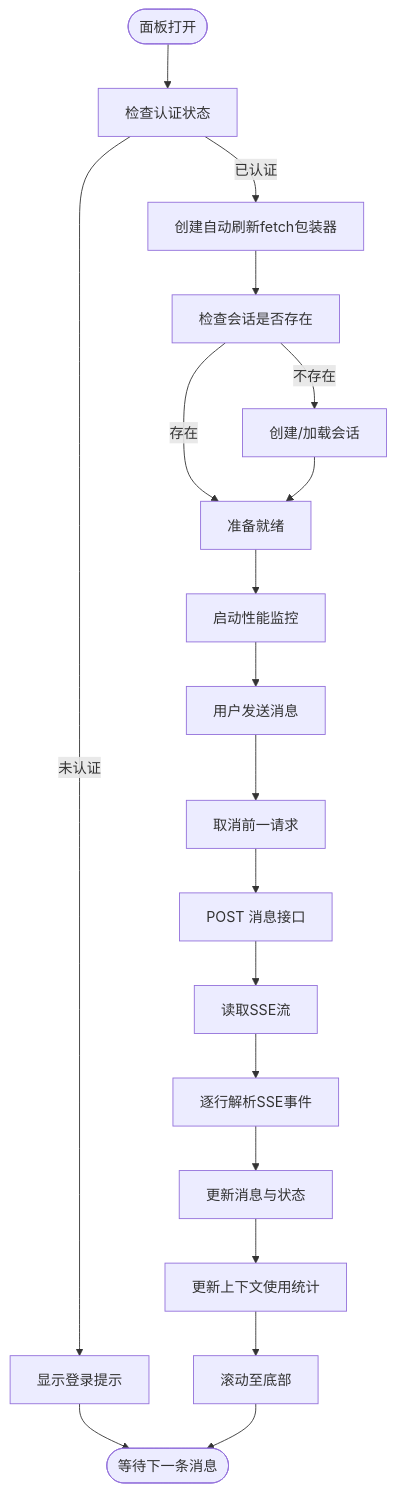
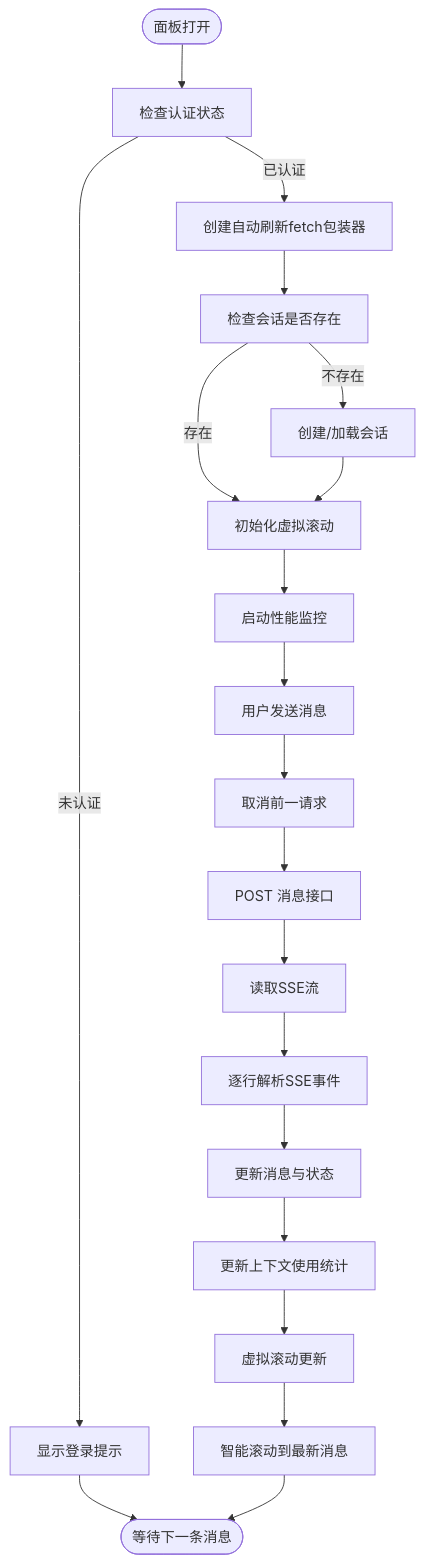
The third of 24 diagrams in .qoder/repowiki/zh/content/前端应用架构/UI组件库/画布组件系统/AI助手面板.md (KunLabAI/KunFlix), drawn with Mermaid before and after one commit. The commit also changed other lines of this file and 22 other files, not shown here.

````diff
--- a/.qoder/repowiki/zh/content/前端应用架构/UI组件库/画布组件系统/AI助手面板.md
+++ b/.qoder/repowiki/zh/content/前端应用架构/UI组件库/画布组件系统/AI助手面板.md
@@ -232,21 +265,22 @@
 ```mermaid
 flowchart TD
 Start(["面板打开"]) --> CheckAuth["检查认证状态"]
 CheckAuth --> |已认证| CreateAuthFetch["创建自动刷新fetch包装器"]
 CheckAuth --> |未认证| ShowLogin["显示登录提示"]
 CreateAuthFetch --> CheckSession["检查会话是否存在"]
 ShowLogin --> End(["等待登录"])
 CheckSession --> |不存在| CreateSession["创建/加载会话"]
-CheckSession --> |存在| Ready["准备就绪"]
-CreateSession --> Ready
-Ready --> StartPerfMon["启动性能监控"]
+CheckSession --> |存在| InitVirtualList["初始化虚拟滚动"]
+CreateSession --> InitVirtualList
+InitVirtualList --> StartPerfMon["启动性能监控"]
 StartPerfMon --> SendMsg["用户发送消息"]
 SendMsg --> AbortPrev["取消前一请求"]
 AbortPrev --> Fetch["POST 消息接口"]
 Fetch --> ReadStream["读取SSE流"]
 ReadStream --> Parse["逐行解析SSE事件"]
 Parse --> UpdateStore["更新消息与状态"]
 UpdateStore --> UpdateContext["更新上下文使用统计"]
-UpdateContext --> Scroll["滚动至底部"]
-Scroll --> End(["等待下一条消息"])
+UpdateContext --> VirtualScroll["虚拟滚动更新"]
+VirtualScroll --> ScrollToBottom["智能滚动到最新消息"]
+ScrollToBottom --> End(["等待下一条消息"])
 ```
````
